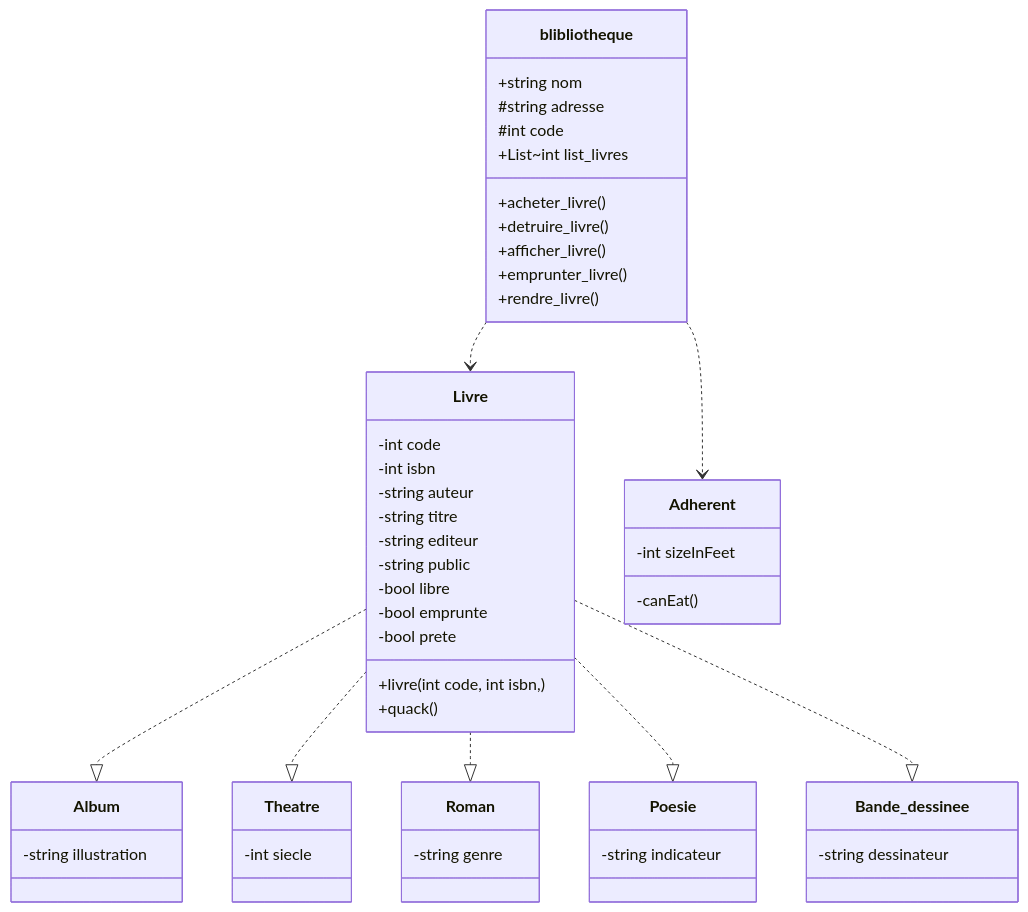
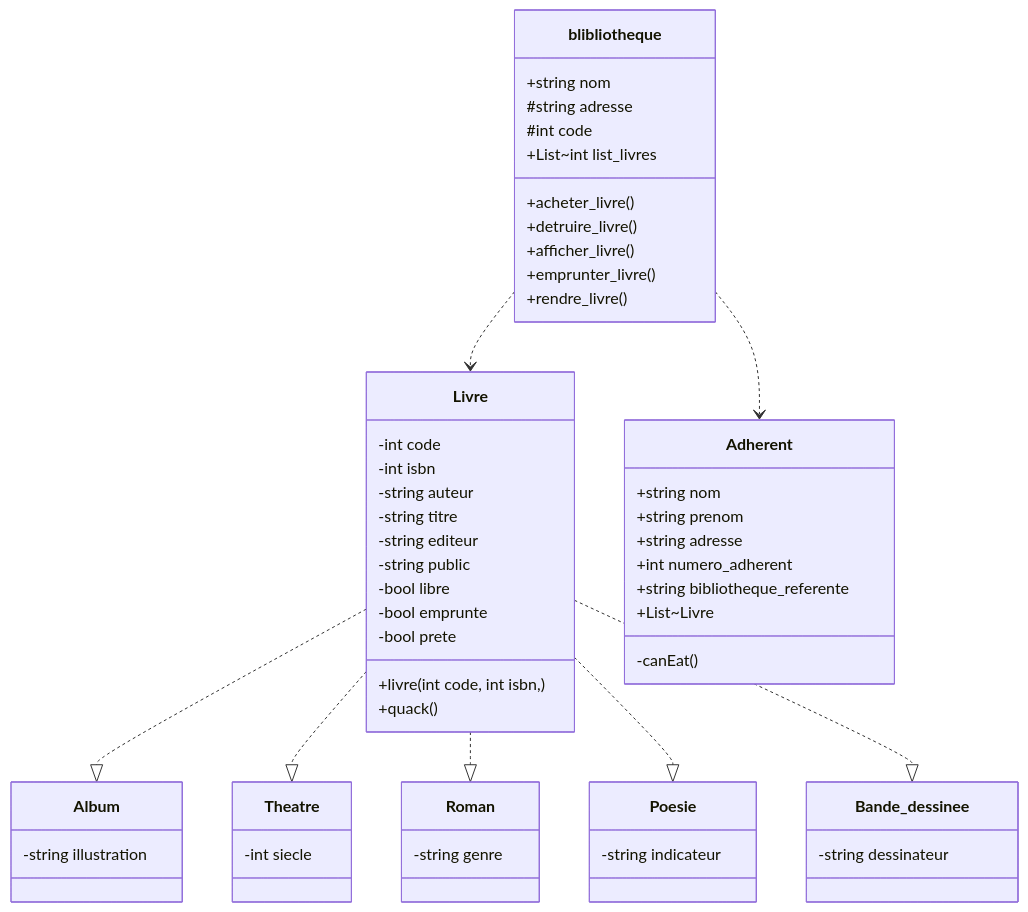
Before and after one commit to Esteban-ve/projet-gestion-de-bibliotheques: the diagram in mermaid.md, drawn with Mermaid.

````diff
--- a/mermaid.md
+++ b/mermaid.md
@@ -1,69 +1,74 @@
 ```mermaid
 classDiagram
     blibliotheque ..> Livre
     blibliotheque ..> Adherent
 
     Livre ..|> Album
     Livre ..|> Theatre
     Livre ..|> Roman
     Livre ..|> Poesie
     Livre ..|> Bande_dessinee
 
     class blibliotheque{
     +string nom
     #string adresse
     #int code
     +List~int list_livres
 
     +acheter_livre()
     +detruire_livre()
     +afficher_livre()
     +emprunter_livre()
     +rendre_livre()
     
     }
 
     class Adherent{
-      -int sizeInFeet
+      +string nom
+      +string prenom
+      +string adresse
+      +int numero_adherent
+      +string bibliotheque_referente
+      +List~Livre 
       -canEat()
     }
 
     class Livre{
       -int code
       -int isbn
       -string auteur
       -string titre
       -string editeur
       -string public
 
       -bool libre
       -bool emprunte
       -bool prete
 
       +livre(int code, int isbn, )
       +quack()
     }
 
     class Album{
     -string illustration
     }
 
     class Theatre{
     -int siecle
     }
 
     class Roman{
     -string genre
     }
 
     class Poesie{
     -string indicateur
     }
 
     class Bande_dessinee{
     -string dessinateur
     }
 
 
 
 ```
````
